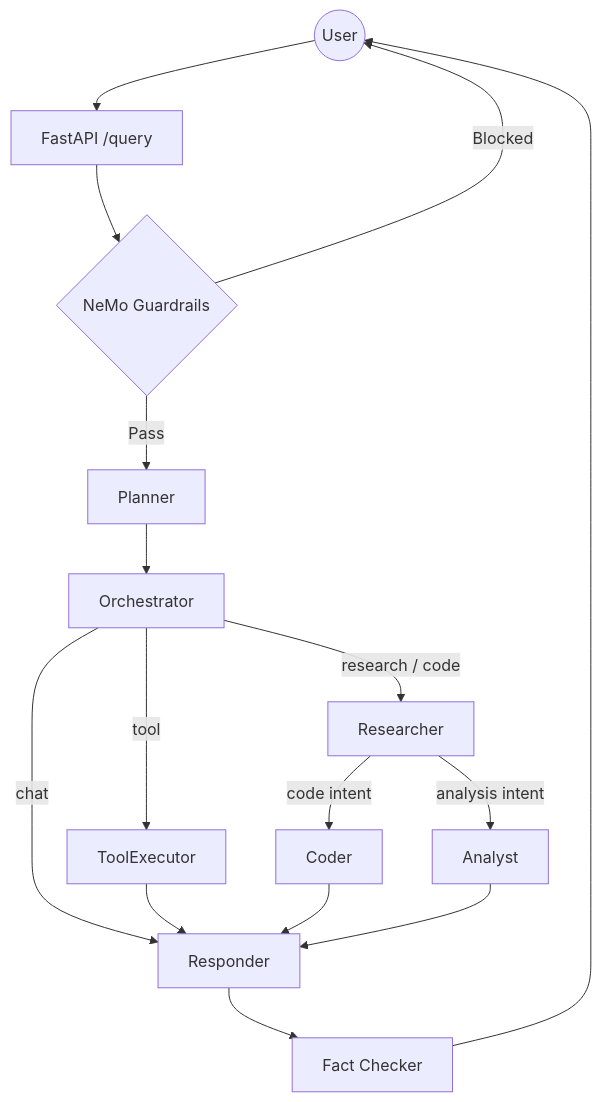
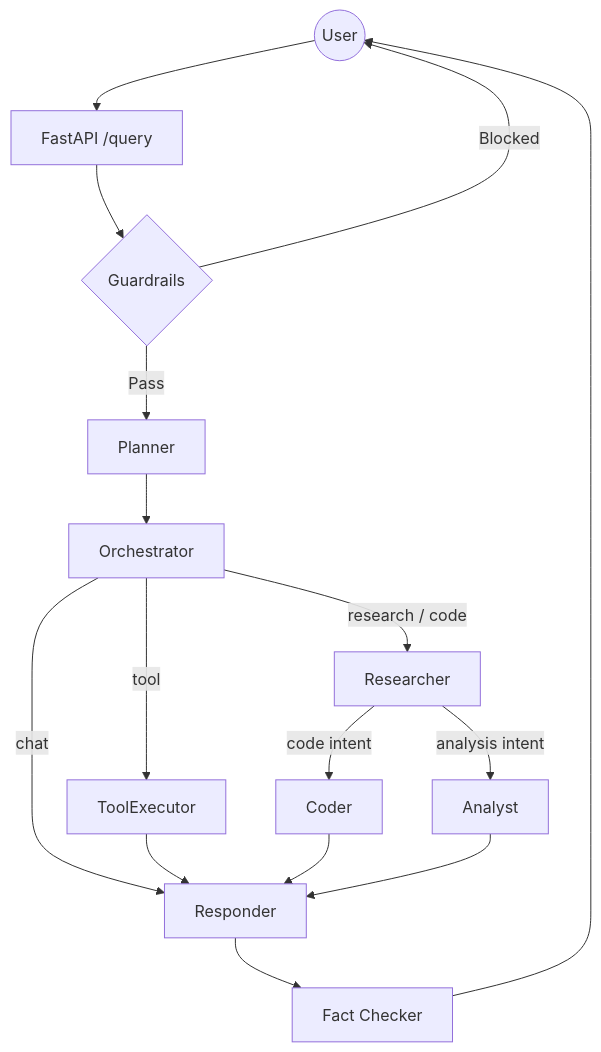
Before and after one commit to kartikdhoke9923/Vantage-RAG: the diagram in README.md, drawn with Mermaid. The commit also changed other lines of this file and 27 other files, not shown here.

````diff
--- a/README.md
+++ b/README.md
@@ -22,18 +22,18 @@
 ```mermaid
 graph TD
     User((User)) --> API[FastAPI /query]
-    API --> Gate{NeMo Guardrails}
+    API --> Gate{Guardrails}
     Gate -->|Blocked| User
     Gate -->|Pass| Planner[Planner]
     Planner --> Orchestrator[Orchestrator]
     Orchestrator -->|chat| Responder[Responder]
     Orchestrator -->|tool| Tool[ToolExecutor]
     Orchestrator -->|research / code| Researcher[Researcher]
     Researcher -->|code intent| Coder[Coder]
     Researcher -->|analysis intent| Analyst[Analyst]
     Tool --> Responder
     Coder --> Responder
     Analyst --> Responder
     Responder --> FC[Fact Checker]
     FC --> User
 ```
````
